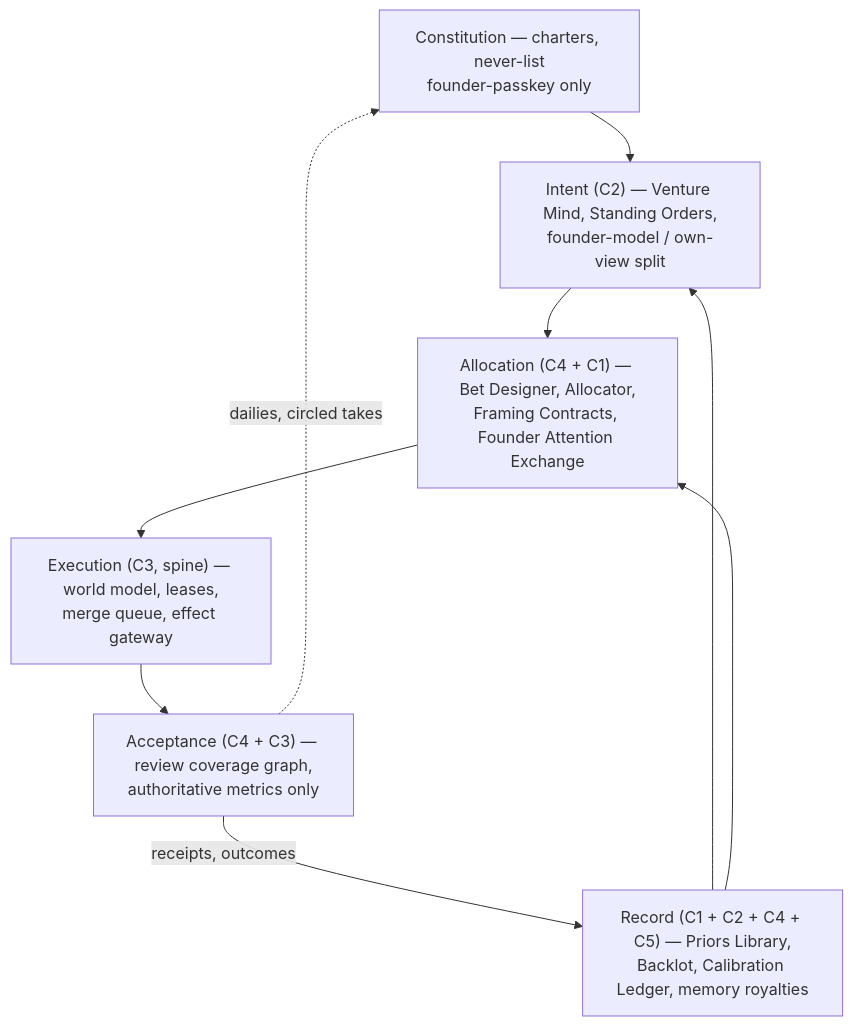
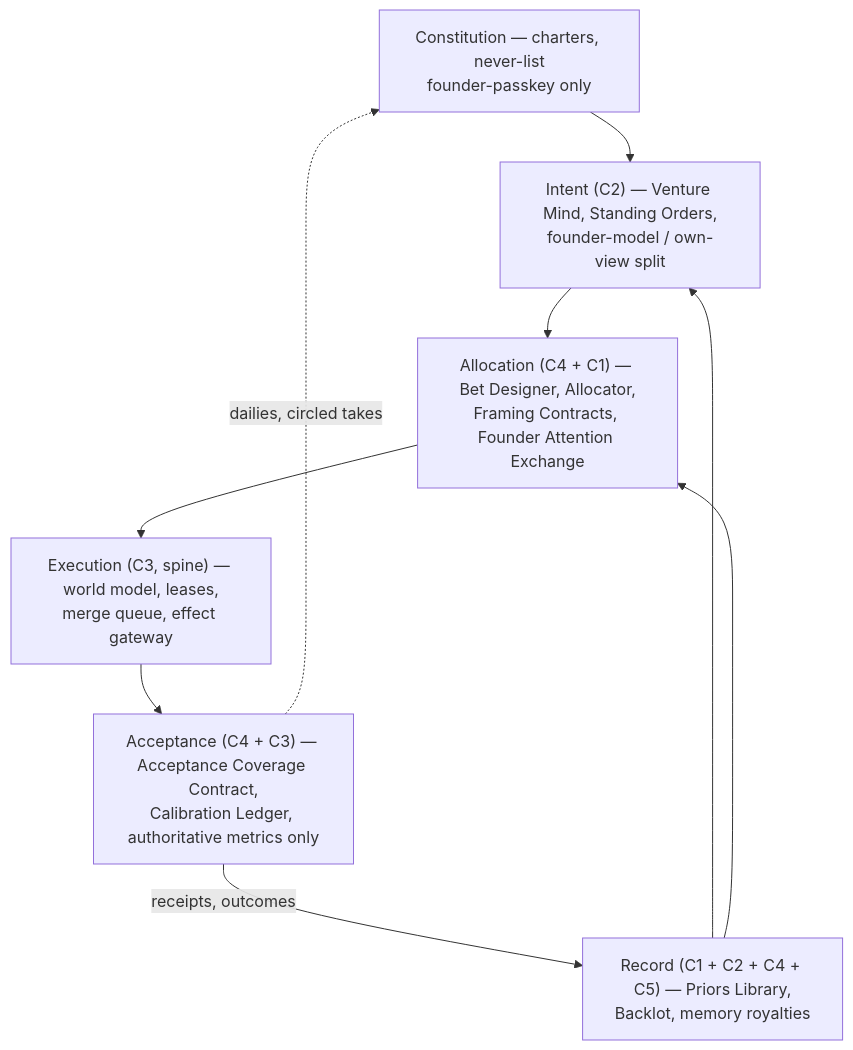
The sixth of 6 diagrams in docs/vision-v3/11-CONCEPTS-AND-JUDGES.md (Adam077K/agentvibe), drawn with Mermaid before and after one commit. The commit also changed other lines of this file and 33 other files, not shown here.

````diff
--- a/docs/vision-v3/11-CONCEPTS-AND-JUDGES.md
+++ b/docs/vision-v3/11-CONCEPTS-AND-JUDGES.md
@@ -340,14 +345,14 @@
 ```mermaid
 flowchart TB
   CON[Constitution — charters, never-list<br/>founder-passkey only]
   INT["Intent (C2) — Venture Mind, Standing Orders,<br/>founder-model / own-view split"]
   ALL["Allocation (C4 + C1) — Bet Designer, Allocator,<br/>Framing Contracts, Founder Attention Exchange"]
   EXE["Execution (C3, spine) — world model, leases,<br/>merge queue, effect gateway"]
-  ACC["Acceptance (C4 + C3) — review coverage graph,<br/>authoritative metrics only"]
-  REC["Record (C1 + C2 + C4 + C5) — Priors Library,<br/>Backlot, Calibration Ledger, memory royalties"]
+  ACC["Acceptance (C4 + C3) — Acceptance Coverage Contract,<br/>Calibration Ledger, authoritative metrics only"]
+  REC["Record (C1 + C2 + C4 + C5) — Priors Library,<br/>Backlot, memory royalties"]
   CON --> INT --> ALL --> EXE --> ACC
   ACC -->|receipts, outcomes| REC
   REC --> INT
   REC --> ALL
   ACC -.dailies, circled takes.-> CON
 ```
````
